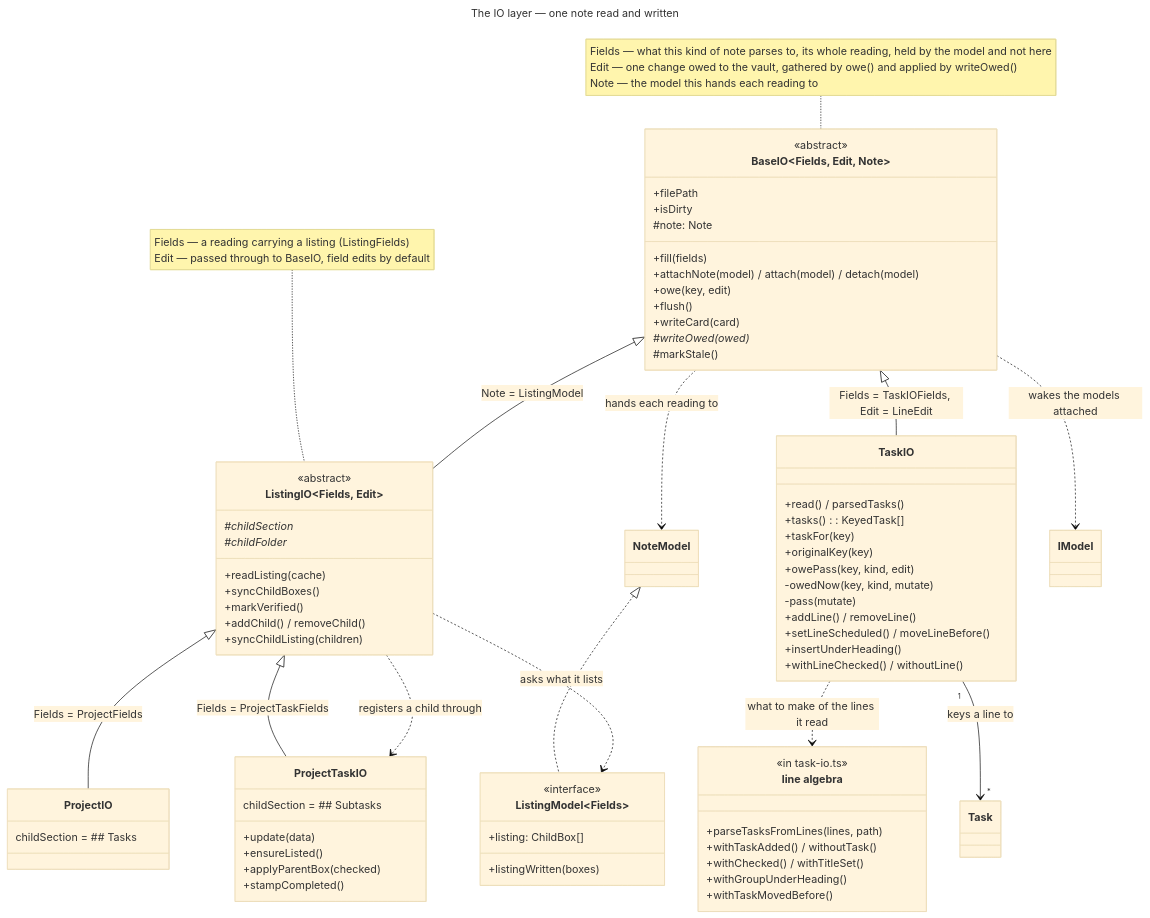
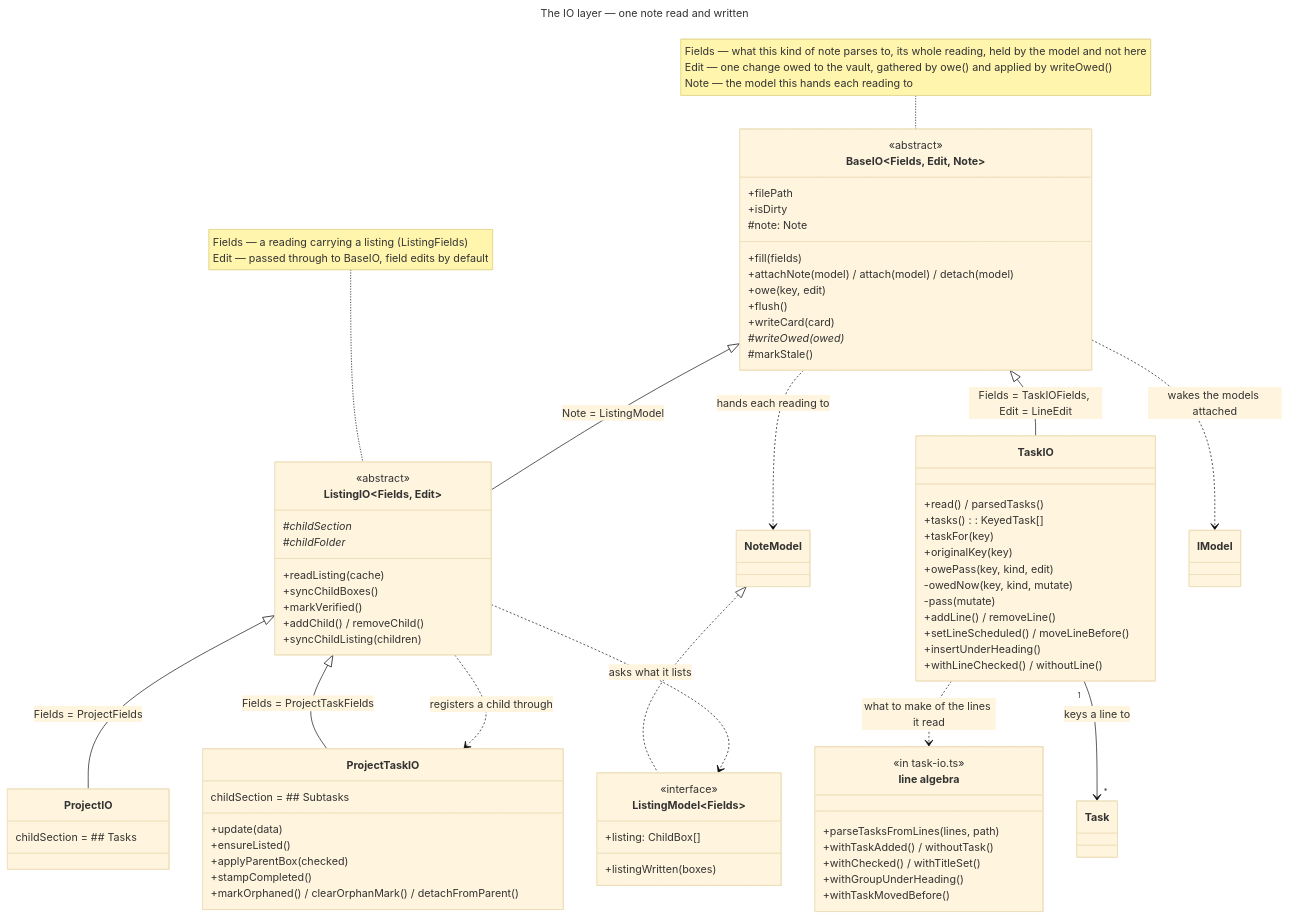
The diagram in docs/technical/diagrams/io.mmd (Laurent-Ferier/pm-compass), drawn with Mermaid (base theme) before and after one commit. The commit also changed 30 other files, not shown here.

```diff
--- a/docs/technical/diagrams/io.mmd
+++ b/docs/technical/diagrams/io.mmd
@@ -1,88 +1,89 @@
 ---
 title: The IO layer — one note read and written
 ---
 classDiagram
   direction TB
 
   class BaseIO~Fields, Edit, Note~ {
     <<abstract>>
     +filePath
     +fill(fields)
     +attachNote(model) / attach(model) / detach(model)
     +owe(key, edit)
     +flush()
     +writeCard(card)
     +isDirty
     #note: Note
     #writeOwed(owed)*
     #markStale()
   }
 
   class ListingModel~Fields~ {
     <<interface>>
     +listing: ChildBox[]
     +listingWritten(boxes)
   }
 
   class ListingIO~Fields, Edit~ {
     <<abstract>>
     +readListing(cache)
     +syncChildBoxes()
     +markVerified()
     +addChild() / removeChild()
     +syncChildListing(children)
     #childSection*
     #childFolder*
   }
 
   class ProjectIO {
     childSection = ## Tasks
   }
 
   class ProjectTaskIO {
     +update(data)
     +ensureListed()
     +applyParentBox(checked)
     +stampCompleted()
+    +markOrphaned() / clearOrphanMark() / detachFromParent()
     childSection = ## Subtasks
   }
 
   class TaskIO {
     +read() / parsedTasks()
     +tasks(): KeyedTask[]
     +taskFor(key)
     +originalKey(key)
     +owePass(key, kind, edit)
     -owedNow(key, kind, mutate)
     -pass(mutate)
     +addLine() / removeLine()
     +setLineScheduled() / moveLineBefore()
     +insertUnderHeading()
     +withLineChecked() / withoutLine()
   }
 
   class lineAlgebra["line algebra"] {
     <<in task-io.ts>>
     +parseTasksFromLines(lines, path)
     +withTaskAdded() / withoutTask()
     +withChecked() / withTitleSet()
     +withGroupUnderHeading()
     +withTaskMovedBefore()
   }
 
   note for BaseIO "Fields — what this kind of note parses to, its whole reading, held by the model and not here<br/>Edit — one change owed to the vault, gathered by owe() and applied by writeOwed()<br/>Note — the model this hands each reading to"
 
   note for ListingIO "Fields — a reading carrying a listing (ListingFields)<br/>Edit — passed through to BaseIO, field edits by default"
 
   BaseIO <|-- ListingIO : Note = ListingModel
   BaseIO <|-- TaskIO : Fields = TaskIOFields, Edit = LineEdit
   ListingIO <|-- ProjectIO : Fields = ProjectFields
   ListingIO <|-- ProjectTaskIO : Fields = ProjectTaskFields
 
   BaseIO ..> NoteModel : hands each reading to
   BaseIO ..> IModel : wakes the models attached
   NoteModel <|.. ListingModel
   ListingIO ..> ListingModel : asks what it lists
   ListingIO ..> ProjectTaskIO : registers a child through
   TaskIO ..> lineAlgebra : what to make of the lines it read
   TaskIO "1" --> "*" Task : keys a line to
```
